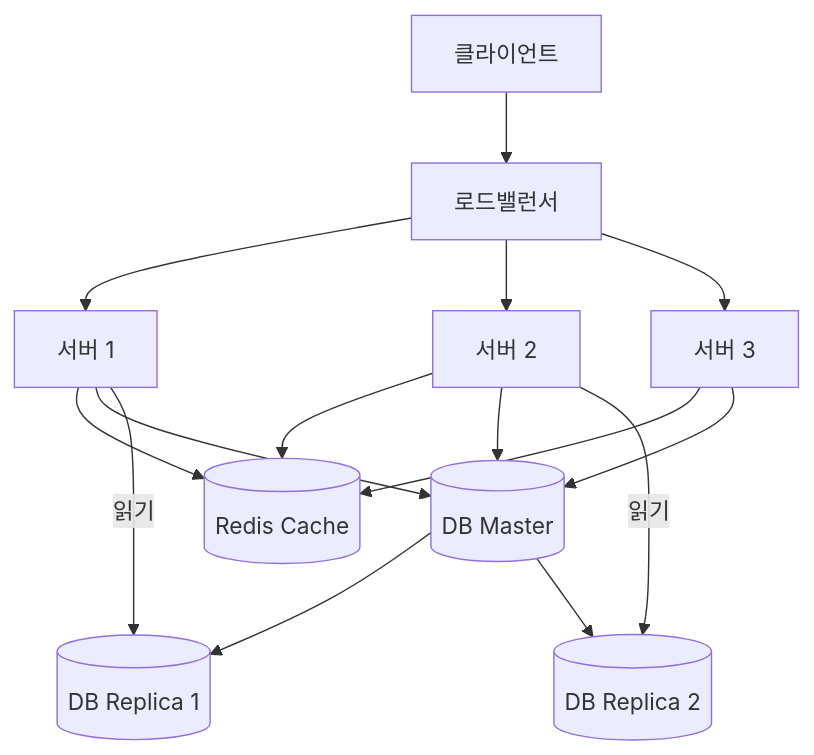
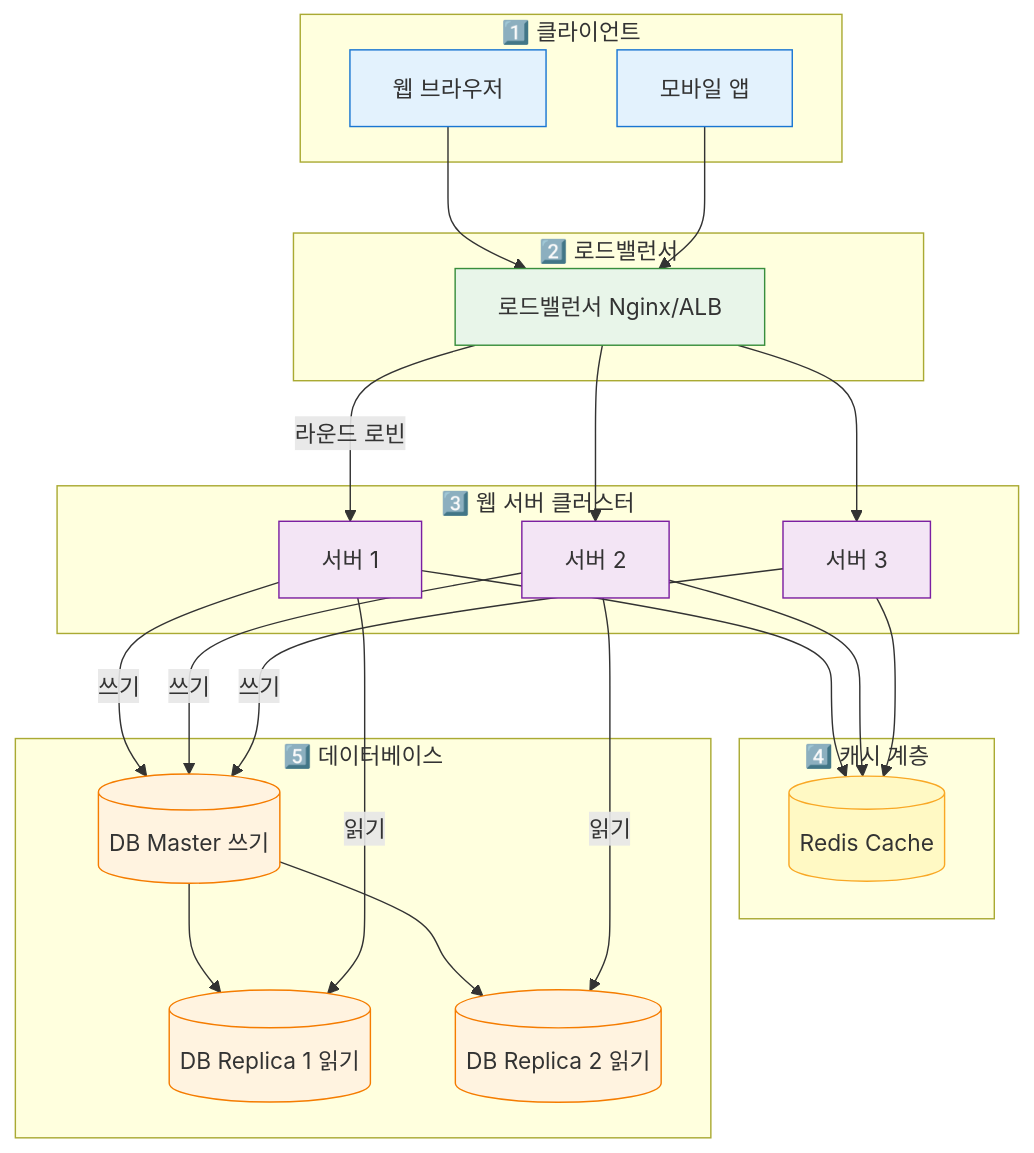
Before and after one commit to yjkim2015/yjkim2015.github.io: the second of 6 diagrams in _posts/systemdesign/2026-05-01-system-design.md, drawn with Mermaid. The commit also changed other lines of this file and 32 other files, not shown here.

```diff
--- a/_posts/systemdesign/2026-05-01-system-design.md
+++ b/_posts/systemdesign/2026-05-01-system-design.md
@@ -67,27 +132,54 @@
 <div class="mermaid">
 graph TD
-    CLIENT[클라이언트]
-    LB[로드밸런서]
-    S1[서버 1]
-    S2[서버 2]
-    S3[서버 3]
-    CACHE[(Redis Cache)]
-    DB[(DB Master)]
-    DB_R1[(DB Replica 1)]
-    DB_R2[(DB Replica 2)]
+    subgraph "1️⃣ 클라이언트"
+        C1[웹 브라우저]
+        C2[모바일 앱]
+    end
 
-    CLIENT --> LB
-    LB --> S1
+    subgraph "2️⃣ 로드밸런서"
+        LB[로드밸런서 Nginx/ALB]
+    end
+
+    subgraph "3️⃣ 웹 서버 클러스터"
+        S1[서버 1]
+        S2[서버 2]
+        S3[서버 3]
+    end
+
+    subgraph "4️⃣ 캐시 계층"
+        CACHE[(Redis Cache)]
+    end
+
+    subgraph "5️⃣ 데이터베이스"
+        DB[(DB Master 쓰기)]
+        DB_R1[(DB Replica 1 읽기)]
+        DB_R2[(DB Replica 2 읽기)]
+    end
+
+    C1 --> LB
+    C2 --> LB
+    LB -->|라운드 로빈| S1
     LB --> S2
     LB --> S3
     S1 --> CACHE
     S2 --> CACHE
     S3 --> CACHE
-    S1 --> DB
-    S2 --> DB
-    S3 --> DB
+    S1 -->|쓰기| DB
+    S2 -->|쓰기| DB
+    S3 -->|쓰기| DB
     DB --> DB_R1
     DB --> DB_R2
     S1 -->|읽기| DB_R1
     S2 -->|읽기| DB_R2
+
+    classDef client fill:#e3f2fd,stroke:#1976d2
+    classDef lb fill:#e8f5e9,stroke:#388e3c
+    classDef server fill:#f3e5f5,stroke:#7b1fa2
+    classDef cache fill:#fff9c4,stroke:#f9a825
+    classDef db fill:#fff3e0,stroke:#f57c00
+    class C1,C2 client
+    class LB lb
+    class S1,S2,S3 server
+    class CACHE cache
+    class DB,DB_R1,DB_R2 db
 </div>
```
